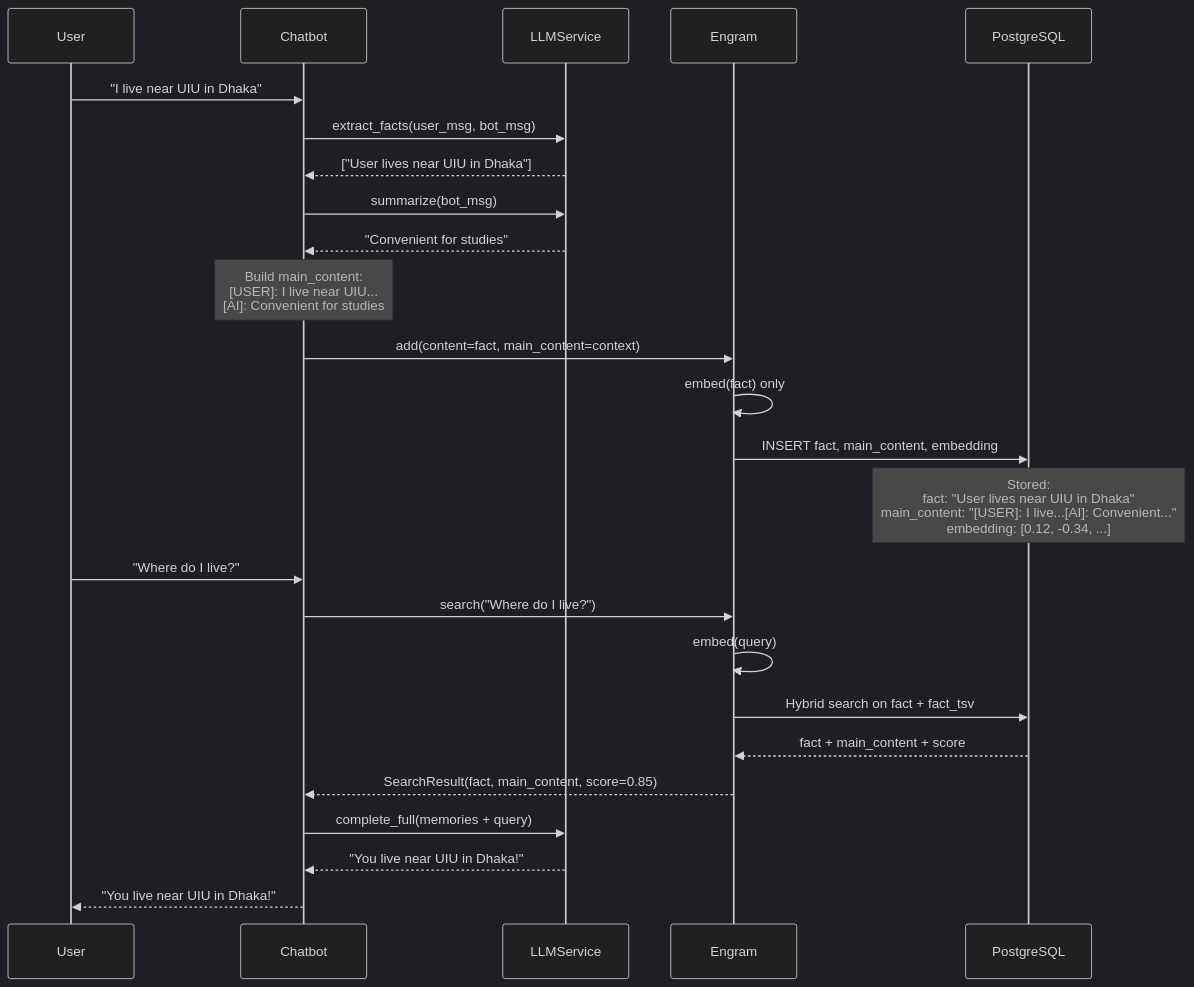
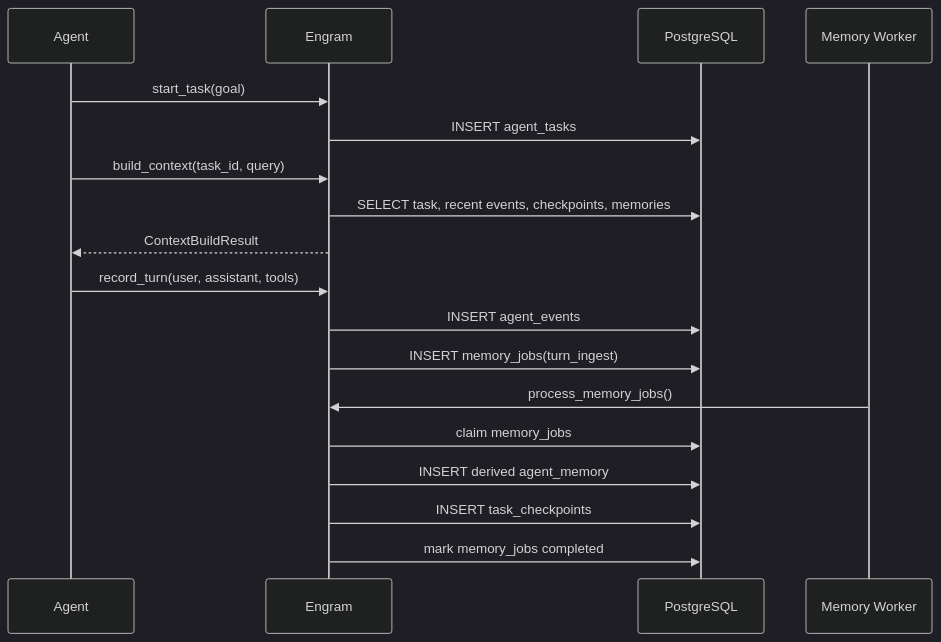
One commit to ahammadnafiz/engram changed the fourth of 7 diagrams in docs/diagram.md. Above: the diagram before and after it, drawn with Mermaid (dark theme). The commit also changed other lines of this file and 82 other files, not shown here.

Commit message:
Add long-running agent memory framework

````diff
--- a/docs/diagram.md
+++ b/docs/diagram.md
@@ -190,34 +73,21 @@
 ```mermaid
 sequenceDiagram
-    participant U as User
-    participant C as Chatbot
-    participant L as LLMService
+    participant A as Agent
     participant E as Engram
     participant DB as PostgreSQL
+    participant W as Memory Worker
 
-    U->>C: "I live near UIU in Dhaka"
-    C->>L: extract_facts(user_msg, bot_msg)
-    L-->>C: ["User lives near UIU in Dhaka"]
-    
-    C->>L: summarize(bot_msg)
-    L-->>C: "Convenient for studies"
-    
-    Note over C: Build main_content:<br/>[USER]: I live near UIU...<br/>[AI]: Convenient for studies
-    
-    C->>E: add(content=fact, main_content=context)
-    E->>E: embed(fact) only
-    E->>DB: INSERT fact, main_content, embedding
-    
-    Note over DB: Stored:<br/>fact: "User lives near UIU in Dhaka"<br/>main_content: "[USER]: I live...[AI]: Convenient..."<br/>embedding: [0.12, -0.34, ...]
-
-    U->>C: "Where do I live?"
-    C->>E: search("Where do I live?")
-    E->>E: embed(query)
-    E->>DB: Hybrid search on fact + fact_tsv
-    DB-->>E: fact + main_content + score
-    E-->>C: SearchResult(fact, main_content, score=0.85)
-    
-    C->>L: complete_full(memories + query)
-    L-->>C: "You live near UIU in Dhaka!"
-    C-->>U: "You live near UIU in Dhaka!"
+    A->>E: start_task(goal)
+    E->>DB: INSERT agent_tasks
+    A->>E: build_context(task_id, query)
+    E->>DB: SELECT task, recent events, checkpoints, memories
+    E-->>A: ContextBuildResult
+    A->>E: record_turn(user, assistant, tools)
+    E->>DB: INSERT agent_events
+    E->>DB: INSERT memory_jobs(turn_ingest)
+    W->>E: process_memory_jobs()
+    E->>DB: claim memory_jobs
+    E->>DB: INSERT derived agent_memory
+    E->>DB: INSERT task_checkpoints
+    E->>DB: mark memory_jobs completed
 ```
````
